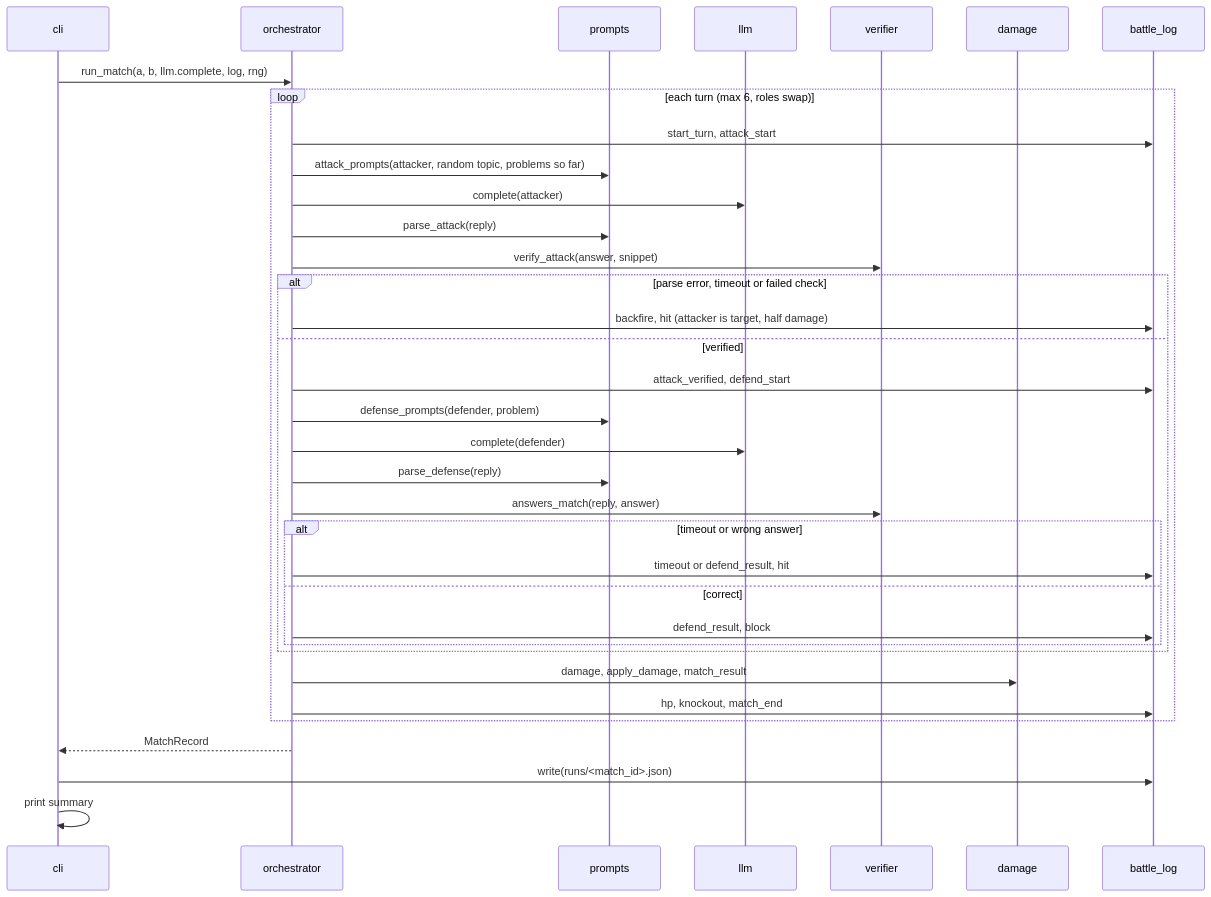
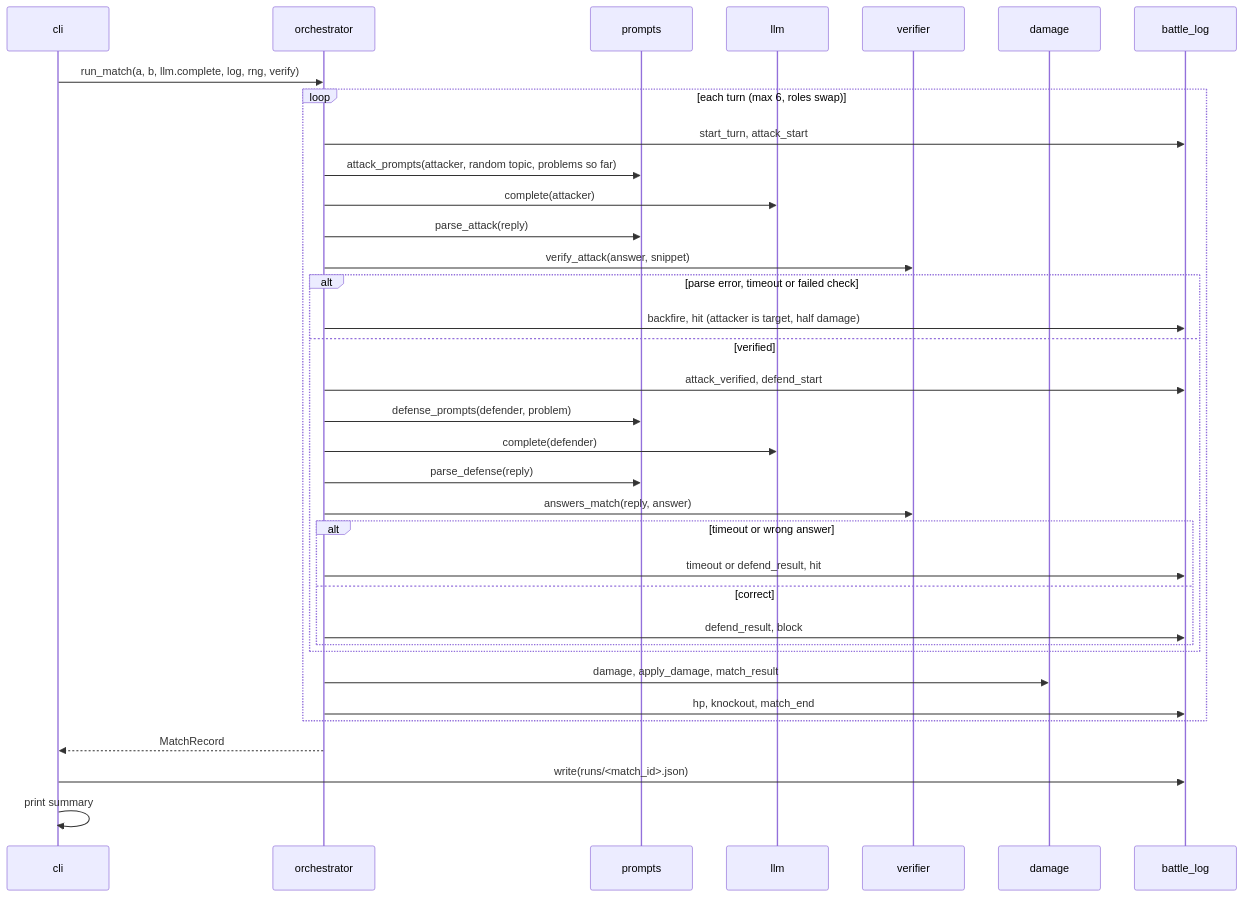
Before and after one commit to aum2606/agent-arena: the diagram in docs/FLOW.md, drawn with Mermaid. The commit also changed other lines of this file and 9 other files, not shown here.

````diff
--- a/docs/FLOW.md
+++ b/docs/FLOW.md
@@ -3,38 +3,38 @@
 ```mermaid
 sequenceDiagram
     participant C as cli
     participant O as orchestrator
     participant P as prompts
     participant L as llm
     participant V as verifier
     participant D as damage
     participant G as battle_log
 
-    C->>O: run_match(a, b, llm.complete, log, rng)
+    C->>O: run_match(a, b, llm.complete, log, rng, verify)
     loop each turn (max 6, roles swap)
         O->>G: start_turn, attack_start
         O->>P: attack_prompts(attacker, random topic, problems so far)
         O->>L: complete(attacker)
         O->>P: parse_attack(reply)
         O->>V: verify_attack(answer, snippet)
         alt parse error, timeout or failed check
             O->>G: backfire, hit (attacker is target, half damage)
         else verified
             O->>G: attack_verified, defend_start
             O->>P: defense_prompts(defender, problem)
             O->>L: complete(defender)
             O->>P: parse_defense(reply)
             O->>V: answers_match(reply, answer)
             alt timeout or wrong answer
                 O->>G: timeout or defend_result, hit
             else correct
                 O->>G: defend_result, block
             end
         end
         O->>D: damage, apply_damage, match_result
         O->>G: hp, knockout, match_end
     end
     O-->>C: MatchRecord
     C->>G: write(runs/<match_id>.json)
     C->>C: print summary
 ```
````
